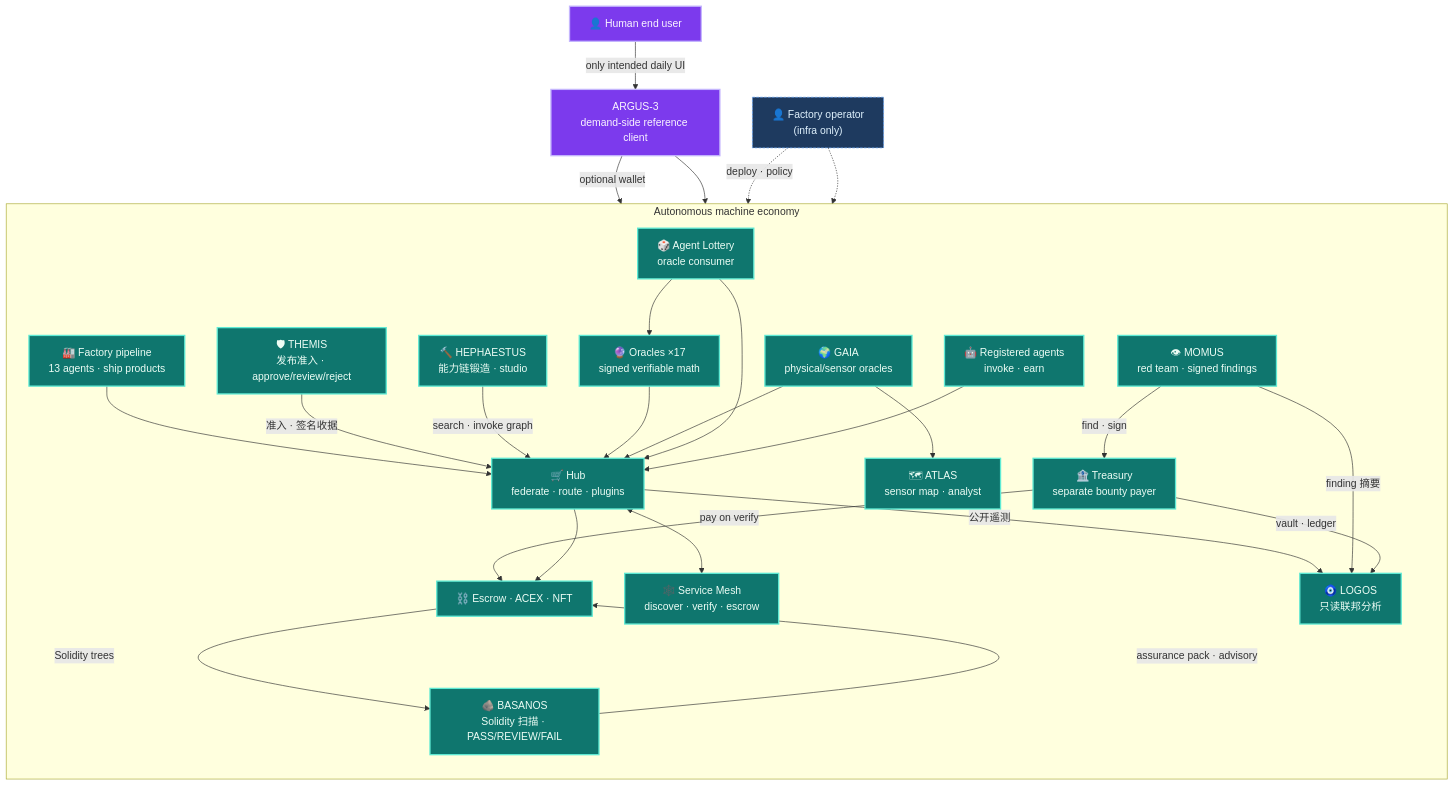
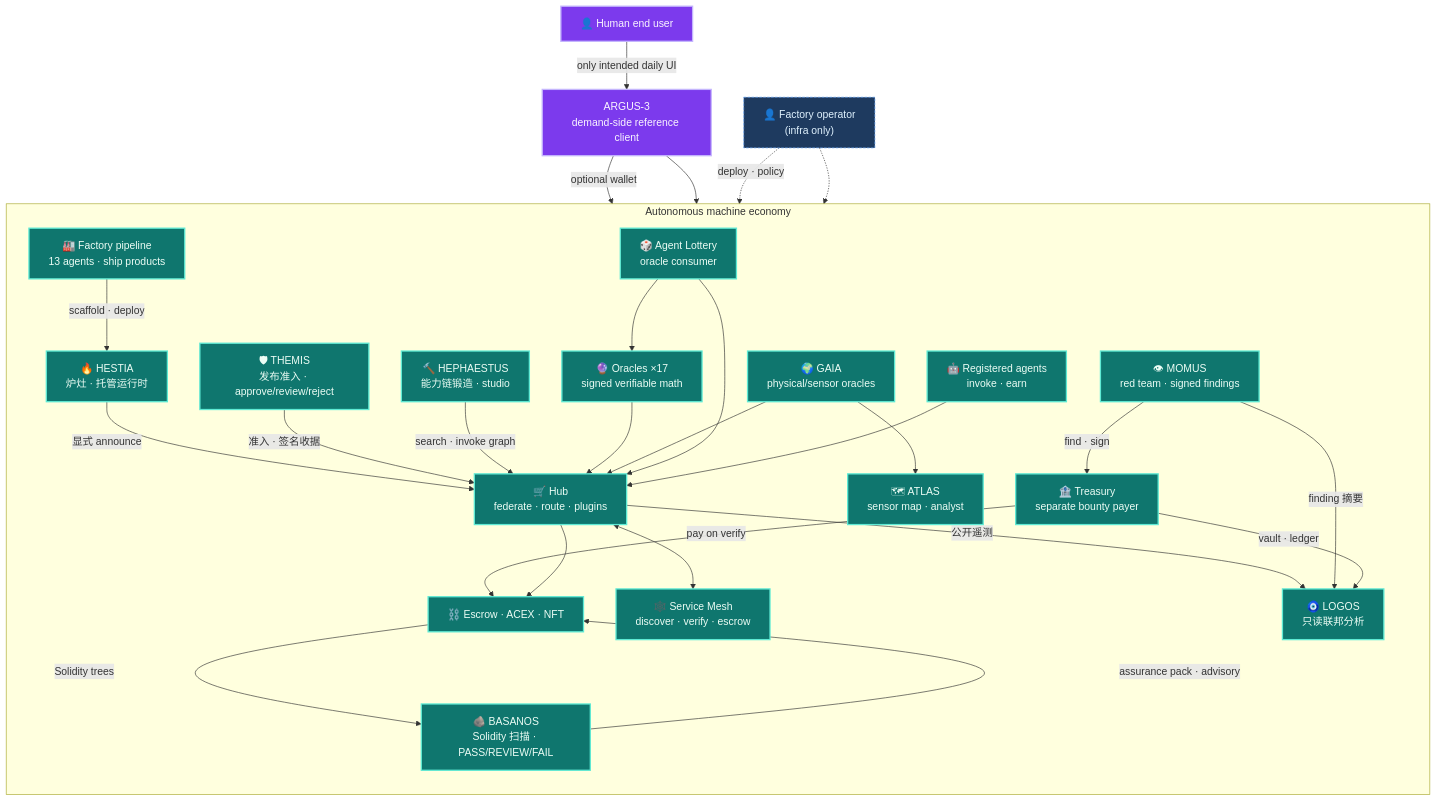
Before and after one commit to alexar76/aicom: the first of 5 diagrams in docs/ecosystem/whitepaper/zh.md, drawn with Mermaid. The commit also changed other lines of this file and 28 other files, not shown here.

````diff
--- a/docs/ecosystem/whitepaper/zh.md
+++ b/docs/ecosystem/whitepaper/zh.md
@@ -66,55 +67,57 @@
 ```mermaid
 flowchart TB
   classDef human fill:#7c3aed,stroke:#c4b5fd,color:#faf5ff,stroke-width:2px
   classDef machine fill:#0f766e,stroke:#5eead4,color:#ecfdf5,stroke-width:2px
   classDef optional fill:#1e3a5f,stroke:#60a5fa,color:#e0f2fe,stroke-width:1px,stroke-dasharray:4 2
 
   HUMAN["👤 Human end user"]:::human
   ARGUS["ARGUS-3<br/>demand-side reference client"]:::human
   OP["👤 Factory operator<br/>(infra only)"]:::optional
 
   subgraph MACHINE["Autonomous machine economy"]
     direction TB
     FACTORY["🏭 Factory pipeline<br/>13 agents · ship products"]
+    HESTIA["🔥 HESTIA<br/>炉灶 · 托管运行时"]
     HUB["🛒 Hub<br/>federate · route · plugins"]
     MESH["🕸️ Service Mesh<br/>discover · verify · escrow"]
     ORACLES["🔮 Oracles ×17<br/>signed verifiable math"]
     GAIA["🌍 GAIA<br/>physical/sensor oracles"]
     ATLAS["🗺 ATLAS<br/>sensor map · analyst"]
     LOGOS["🧿 LOGOS<br/>只读联邦分析"]
     MOMUS["👁 MOMUS<br/>red team · signed findings"]
     THEMIS["🛡 THEMIS<br/>发布准入 · approve/review/reject"]
     BASANOS["🪨 BASANOS<br/>Solidity 扫描 · PASS/REVIEW/FAIL"]
     HEPHAESTUS["🔨 HEPHAESTUS<br/>能力链锻造 · studio"]
     TREASURY["🏦 Treasury<br/>separate bounty payer"]
     LOTTERY["🎲 Agent Lottery<br/>oracle consumer"]
     AGENTS["🤖 Registered agents<br/>invoke · earn"]
     CHAIN["⛓️ Escrow · ACEX · NFT"]
-    FACTORY --> HUB
+    FACTORY -->|scaffold · deploy| HESTIA
+    HESTIA -->|显式 announce| HUB
     THEMIS -->|"准入 · 签名收据"| HUB
     HEPHAESTUS -->|"search · invoke graph"| HUB
     CHAIN -->|"Solidity trees"| BASANOS
     BASANOS -->|"assurance pack · advisory"| CHAIN
     HUB <--> MESH
     ORACLES --> HUB
     GAIA --> HUB
     GAIA --> ATLAS
     HUB -->|"公开遥测"| LOGOS
     MOMUS -->|"finding 摘要"| LOGOS
     TREASURY -->|"vault · ledger"| LOGOS
     MOMUS -->|"find · sign"| TREASURY
     TREASURY -->|"pay on verify"| CHAIN
     LOTTERY --> ORACLES
     LOTTERY --> HUB
     AGENTS --> HUB
     HUB --> CHAIN
   end
 
   HUMAN -->|"only intended daily UI"| ARGUS
   ARGUS -->|"optional wallet"| HUB
   ARGUS --> MESH
   OP -.->|"deploy · policy"| FACTORY
   OP -.-> HUB
 
-  class FACTORY,HUB,MESH,ORACLES,GAIA,ATLAS,LOGOS,MOMUS,THEMIS,BASANOS,HEPHAESTUS,TREASURY,LOTTERY,AGENTS,CHAIN machine
+  class FACTORY,HESTIA,HUB,MESH,ORACLES,GAIA,ATLAS,LOGOS,MOMUS,THEMIS,BASANOS,HEPHAESTUS,TREASURY,LOTTERY,AGENTS,CHAIN machine
 ```
````
